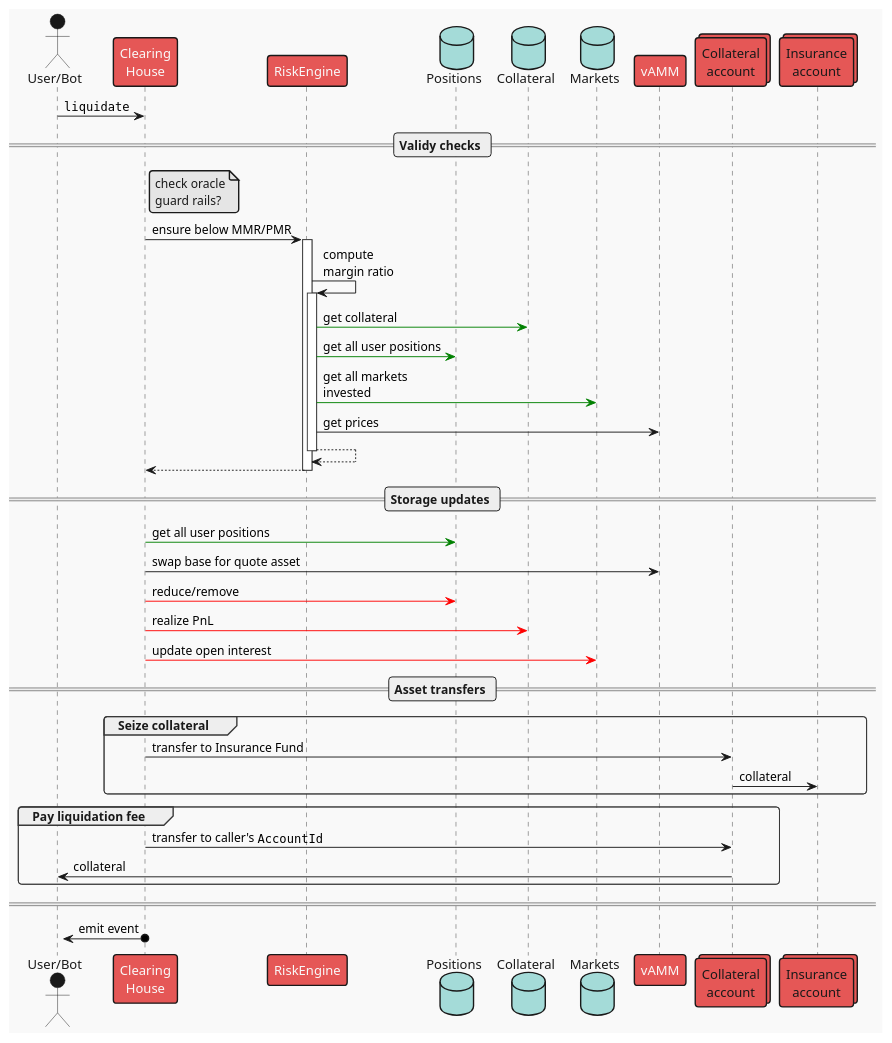
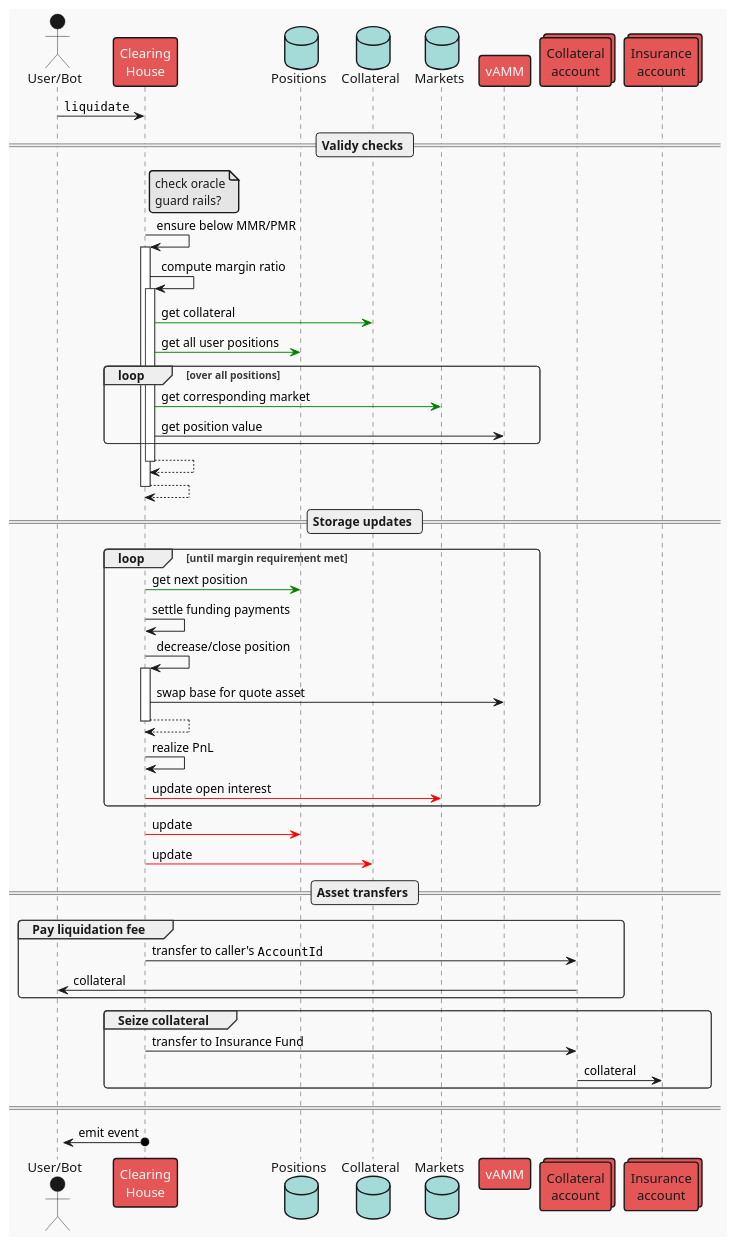
One commit to ComposableFi/composable changed the diagram in frame/clearing-house/diagrams/liquidate.plantuml. Above: the diagram before and after it, drawn with PlantUML.

Commit message:
docs(CH): update liquidate diagram to match impl
CU-2m2cpdz

```diff
--- a/frame/clearing-house/diagrams/liquidate.plantuml
+++ b/frame/clearing-house/diagrams/liquidate.plantuml
@@ -1,59 +1,63 @@
 @startuml liquidate
 !theme mars
 
 actor "User/Bot" as user
 participant "Clearing\nHouse" as ch
-participant "RiskEngine" as risk
 database "Positions" as positions
 database "Collateral" as accs
 database "Markets" as mkts
 participant "vAMM" as vamm
 collections "Collateral\naccount" as vault
 collections "Insurance\naccount" as insurance
 
 user -> ch: ""liquidate""
 
 == Validy checks ==
 
 note right ch
 check oracle
 guard rails?
 end note
 
-ch -> risk ++: ensure below MMR/PMR
-    risk -> risk ++: compute\nmargin ratio
-        risk -[#green]> accs : get collateral
-        risk -[#green]> positions : get all user positions
-        risk -[#green]> mkts : get all markets\ninvested
-        risk -> vamm : get prices
+ch -> ch ++: ensure below MMR/PMR
+    ch -> ch ++: compute margin ratio
+        ch -[#green]> accs : get collateral
+        ch -[#green]> positions : get all user positions
+        loop over all positions
+            ch -[#green]> mkts : get corresponding market
+            ch -> vamm : get position value
+        end
     return
 return
 
 == Storage updates ==
 
-    ch -[#green]> positions : get all user positions
-    ch -> vamm : swap base for quote asset
-    ch -[#red]> positions : reduce/remove
-    ch -[#red]> accs : realize PnL
+loop until margin requirement met
+    ch -[#green]> positions : get next position
+    ch -> ch: settle funding payments
+    ch -> ch ++ : decrease/close position
+       ch -> vamm : swap base for quote asset
+    return
+    ch -> ch : realize PnL
     ch -[#red]> mkts : update open interest
+end
+
+ch -[#red]> positions : update
+ch -[#red]> accs : update
 
 == Asset transfers ==
-
-'alt Bad debt
-'    ch -> insurance : reimburse Clearing House
-'    insurance -> vault : collateral
-group Seize collateral
-    ch -> vault : transfer to Insurance Fund
-    vault -> insurance : collateral
-end
 
 group Pay liquidation fee
     ch -> vault : transfer to caller's ""AccountId""
     vault -> user : collateral
 end
 
+group Seize collateral
+    ch -> vault : transfer to Insurance Fund
+    vault -> insurance : collateral
+end
 
 ====
 
 ?<-o ch : emit event
 @enduml
```
